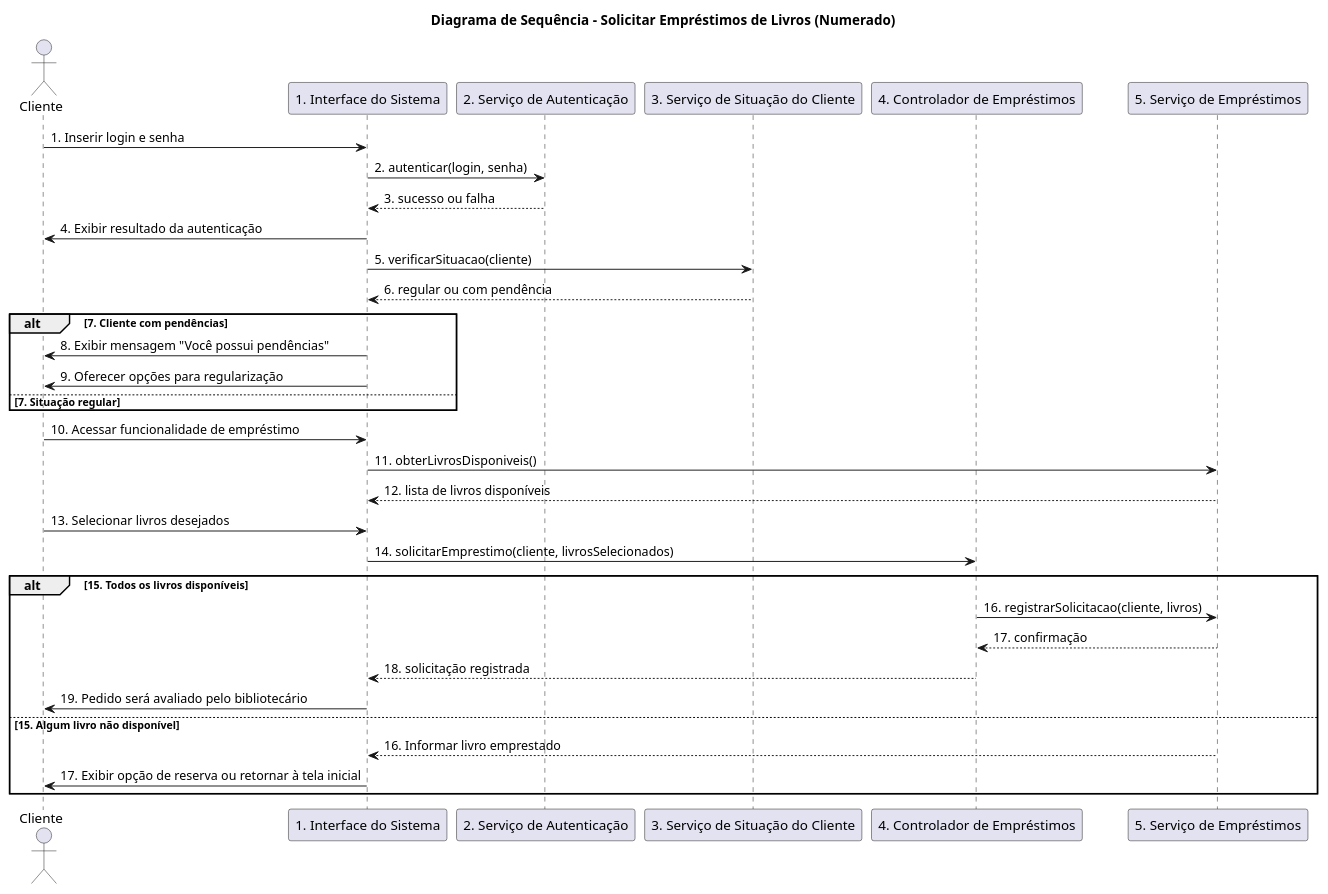
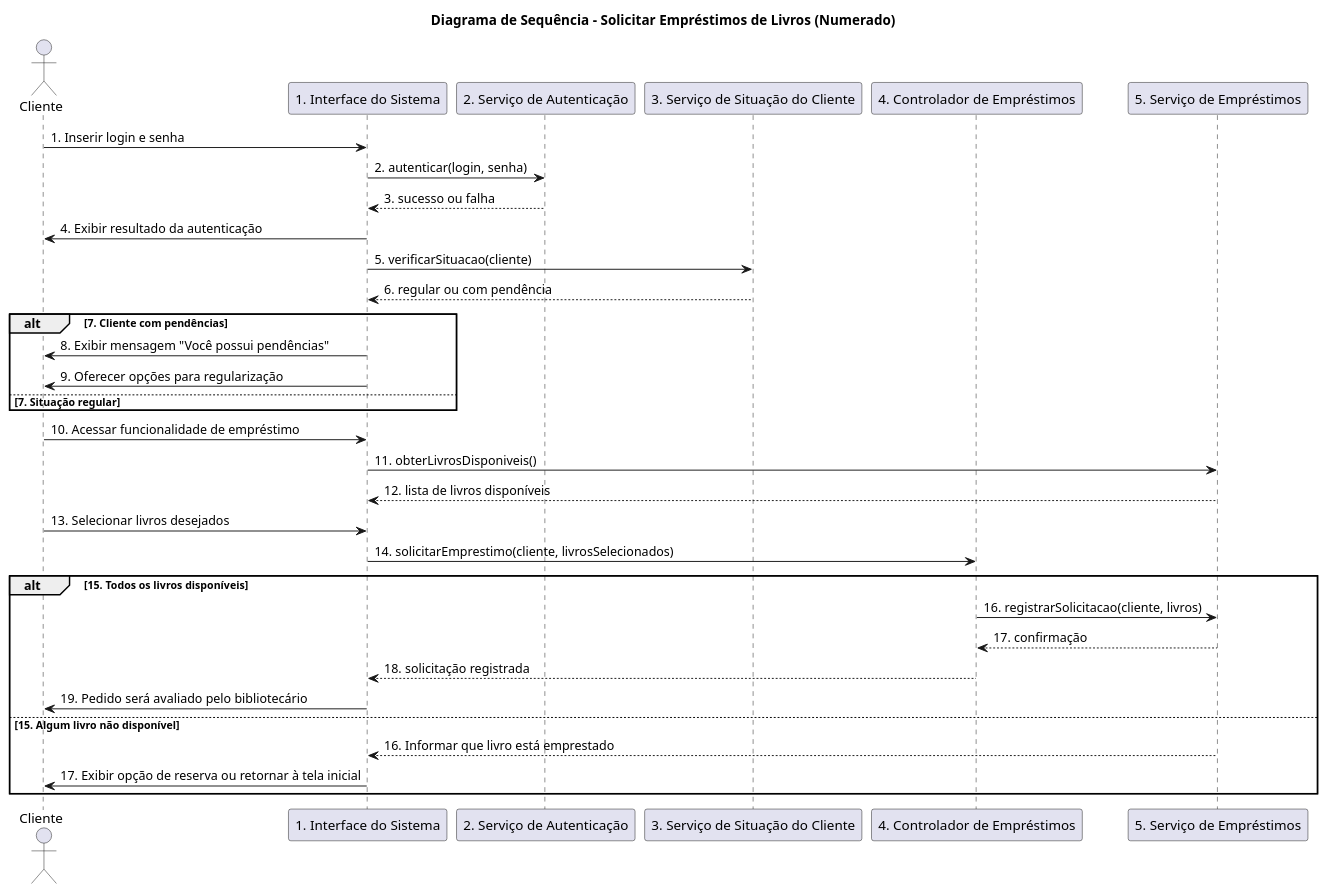
The diagram in sequencia/sequencia_solicitar_emprestimos.iuml (felipehidequel/aps-biblioteca), drawn with PlantUML before and after one commit.

```diff
--- a/sequencia/sequencia_solicitar_emprestimos.iuml
+++ b/sequencia/sequencia_solicitar_emprestimos.iuml
@@ -1,46 +1,46 @@
 @startuml
 title Diagrama de Sequência - Solicitar Empréstimos de Livros (Numerado)
 
 actor Cliente
 participant "1. Interface do Sistema" as UI
 participant "2. Serviço de Autenticação" as AuthService
 participant "3. Serviço de Situação do Cliente" as ClienteService
 participant "4. Controlador de Empréstimos" as EmprestimoController
 participant "5. Serviço de Empréstimos" as EmprestimoService
 
 ' 1. Pré-condições: Autenticação
 Cliente -> UI : 1. Inserir login e senha
 UI -> AuthService : 2. autenticar(login, senha)
 AuthService --> UI : 3. sucesso ou falha
 UI -> Cliente : 4. Exibir resultado da autenticação
 
 ' 2. Verificar situação do cliente
 UI -> ClienteService : 5. verificarSituacao(cliente)
 ClienteService --> UI : 6. regular ou com pendência
 
 alt 7. Cliente com pendências
     UI -> Cliente : 8. Exibir mensagem "Você possui pendências"
     UI -> Cliente : 9. Oferecer opções para regularização
 else 7. Situação regular
     ' Fluxo segue normalmente
 end
 
 ' 3. Fluxo Principal
 Cliente -> UI : 10. Acessar funcionalidade de empréstimo
 UI -> EmprestimoService : 11. obterLivrosDisponiveis()
 EmprestimoService --> UI : 12. lista de livros disponíveis
 
 Cliente -> UI : 13. Selecionar livros desejados
 UI -> EmprestimoController : 14. solicitarEmprestimo(cliente, livrosSelecionados)
 
 alt 15. Todos os livros disponíveis
     EmprestimoController -> EmprestimoService : 16. registrarSolicitacao(cliente, livros)
     EmprestimoService --> EmprestimoController : 17. confirmação
     EmprestimoController --> UI : 18. solicitação registrada
     UI -> Cliente : 19. Pedido será avaliado pelo bibliotecário
 else 15. Algum livro não disponível
-    EmprestimoService --> UI : 16. Informar livro emprestado
+    EmprestimoService --> UI : 16. Informar que livro está emprestado
     UI -> Cliente : 17. Exibir opção de reserva ou retornar à tela inicial
 end
 
 @enduml
```
